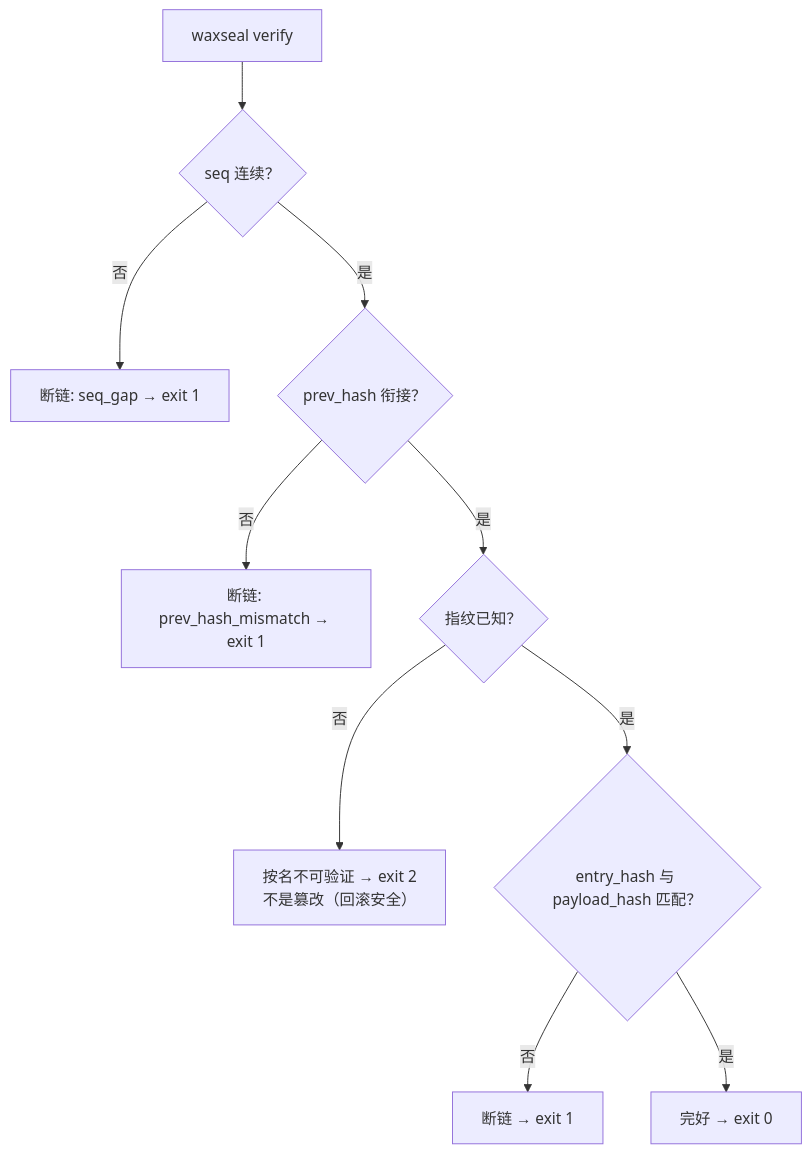
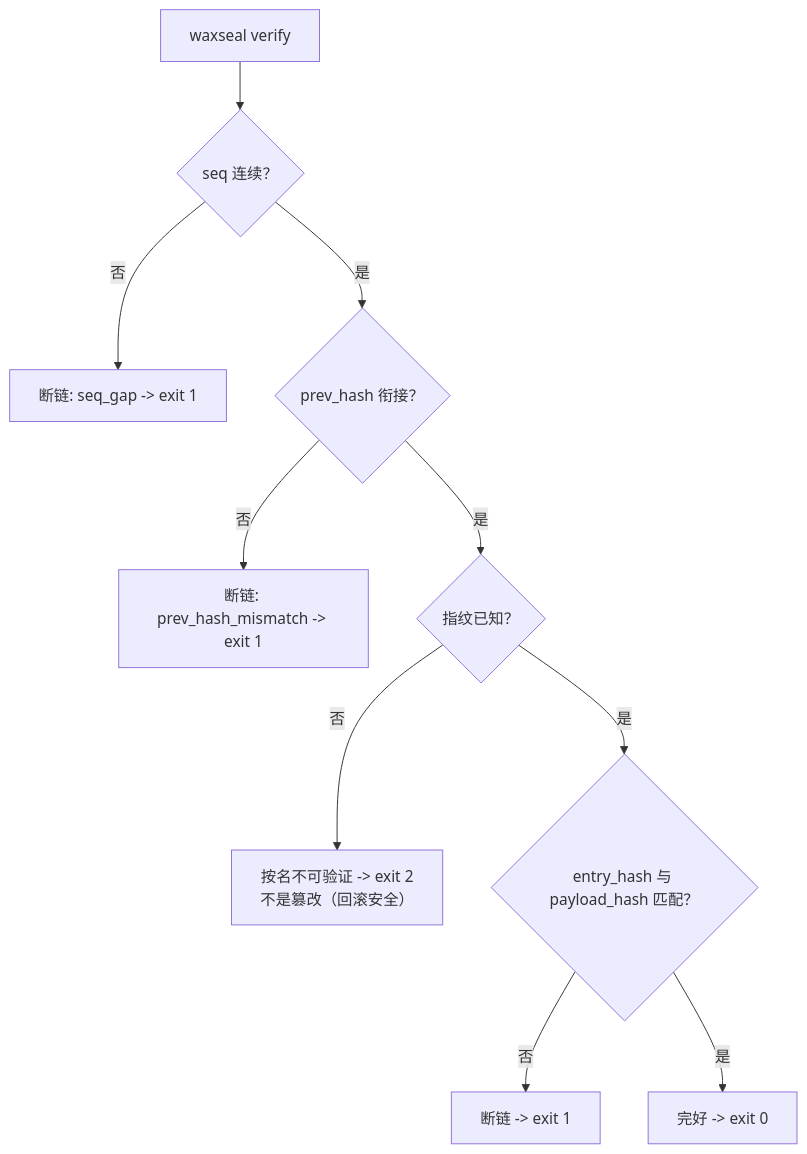
Before and after one commit to cuongbphv/waxseal: the third of 4 diagrams in README.zh.md, drawn with Mermaid. The commit also changed other lines of this file and 8 other files, not shown here.

````diff
--- a/README.zh.md
+++ b/README.zh.md
@@ -151,12 +151,12 @@
 ```mermaid
 flowchart TD
     V["waxseal verify"] --> Q1{"seq 连续？"}
-    Q1 -- "否" --> X1["断链: seq_gap → exit 1"]
+    Q1 -- "否" --> X1["断链: seq_gap -> exit 1"]
     Q1 -- "是" --> Q2{"prev_hash 衔接？"}
-    Q2 -- "否" --> X2["断链: prev_hash_mismatch → exit 1"]
+    Q2 -- "否" --> X2["断链: prev_hash_mismatch -> exit 1"]
     Q2 -- "是" --> Q3{"指纹已知？"}
-    Q3 -- "否" --> U["按名不可验证 → exit 2<br/>不是篡改（回滚安全）"]
+    Q3 -- "否" --> U["按名不可验证 -> exit 2<br/>不是篡改（回滚安全）"]
     Q3 -- "是" --> Q4{"entry_hash 与 payload_hash 匹配？"}
-    Q4 -- "否" --> X3["断链 → exit 1"]
-    Q4 -- "是" --> OK["完好 → exit 0"]
+    Q4 -- "否" --> X3["断链 -> exit 1"]
+    Q4 -- "是" --> OK["完好 -> exit 0"]
 ```
````
